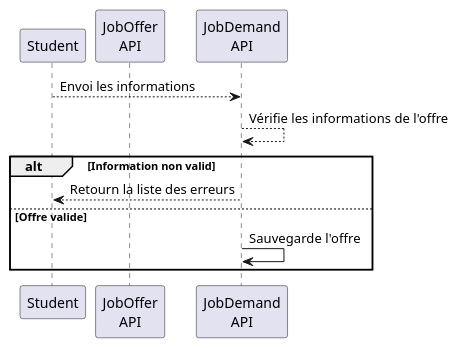
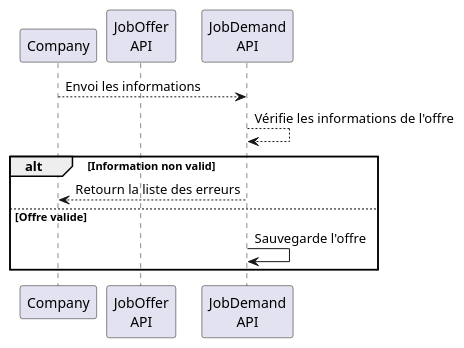
One commit to Haingue/architecture changed the second of 8 diagrams in conception de projet/INTES TP - Conception de projet 2025-2026.md. Above: the diagram before and after it, drawn with PlantUML. The commit also changed other lines of this file and 37 other files, not shown here.

````diff
--- a/conception de projet/INTES TP - Conception de projet 2025-2026.md
+++ b/conception de projet/INTES TP - Conception de projet 2025-2026.md
@@ -61,14 +59,14 @@
 ```plantuml
 @startuml
-participant Student as s
+participant Company as s
 participant "JobOffer\nAPI" as o
 participant "JobDemand\nAPI" as d
 s --> d : Envoi les informations
 d --> d : Vérifie les informations de l'offre
 alt Information non valid
   d --> s : Retourn la liste des erreurs
 else Offre valide
   d -> d : Sauvegarde l'offre
 end
 @enduml
 ```
````
